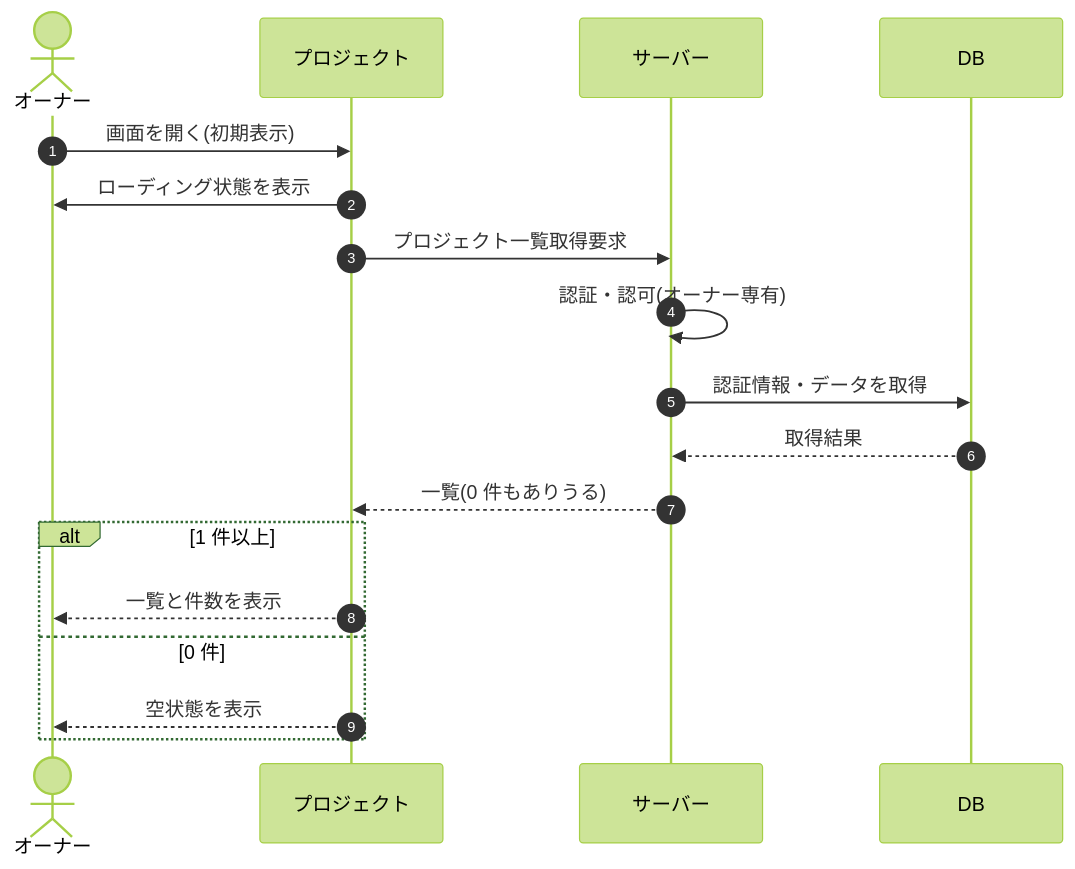
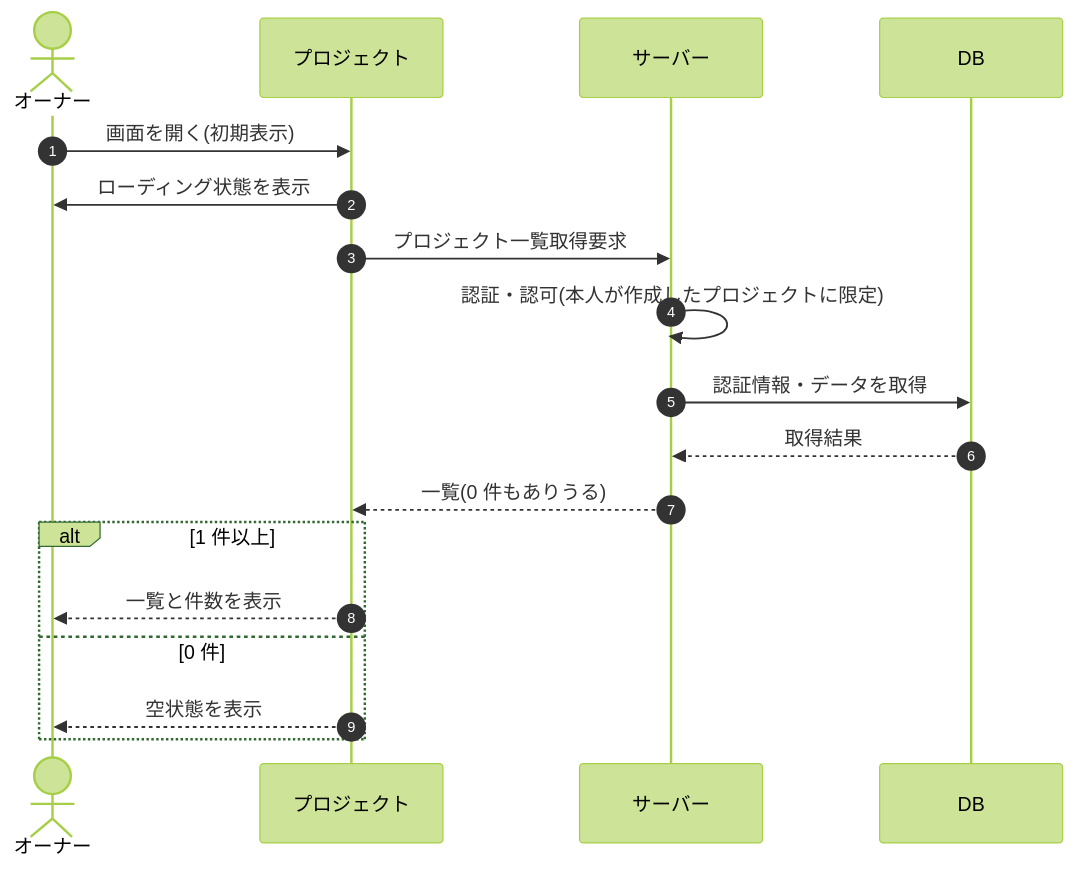
The diagram in 02_basic_design/03_sequences/SEQ-009.md (sikakou54/open-faq), drawn with Mermaid (forest theme) before and after one commit. The commit also changed other lines of this file and 294 other files, not shown here.

````diff
--- a/02_basic_design/03_sequences/SEQ-009.md
+++ b/02_basic_design/03_sequences/SEQ-009.md
@@ -24,20 +24,20 @@
 ```mermaid
 sequenceDiagram
   autonumber
   actor U as オーナー
   participant Screen as プロジェクト
   participant Server as サーバー
   participant DB as DB
   U->>Screen: 画面を開く(初期表示)
   Screen->>U: ローディング状態を表示
   Screen->>Server: プロジェクト一覧取得要求
-  Server->>Server: 認証・認可(オーナー専有)
+  Server->>Server: 認証・認可(本人が作成したプロジェクトに限定)
   Server->>DB: 認証情報・データを取得
   DB-->>Server: 取得結果
   Server-->>Screen: 一覧(0 件もありうる)
   alt 1 件以上
     Screen-->>U: 一覧と件数を表示
   else 0 件
     Screen-->>U: 空状態を表示
   end
 ```
````
